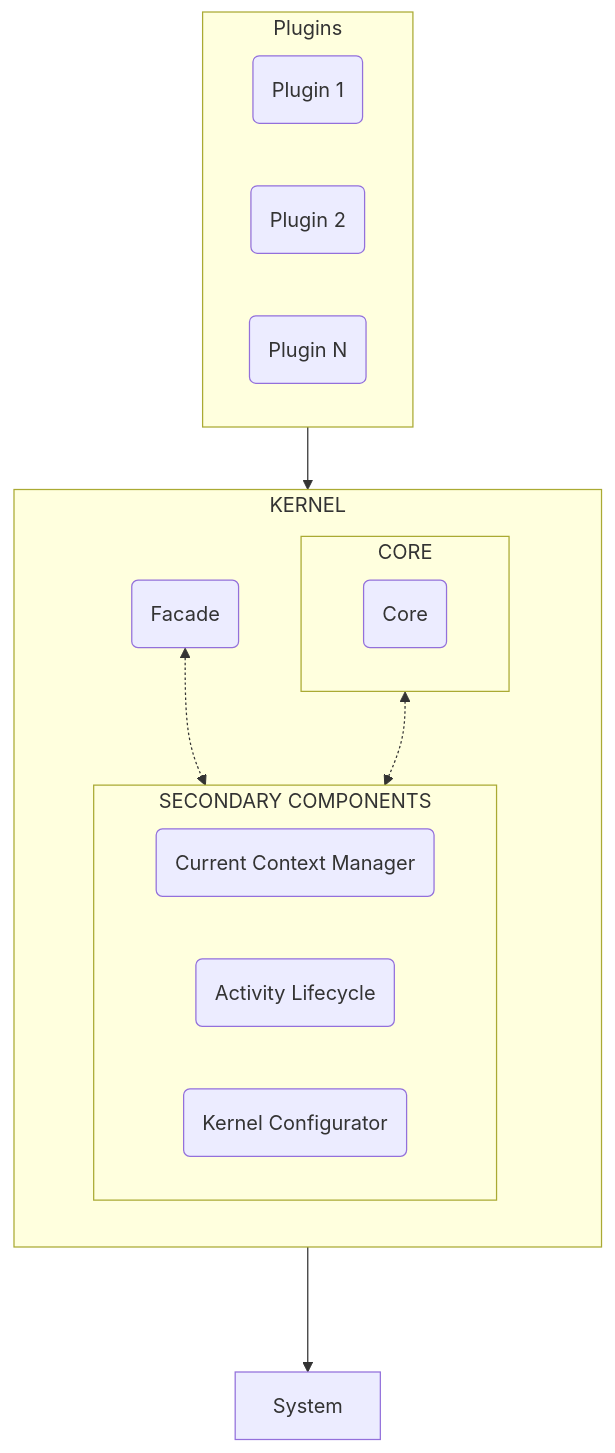
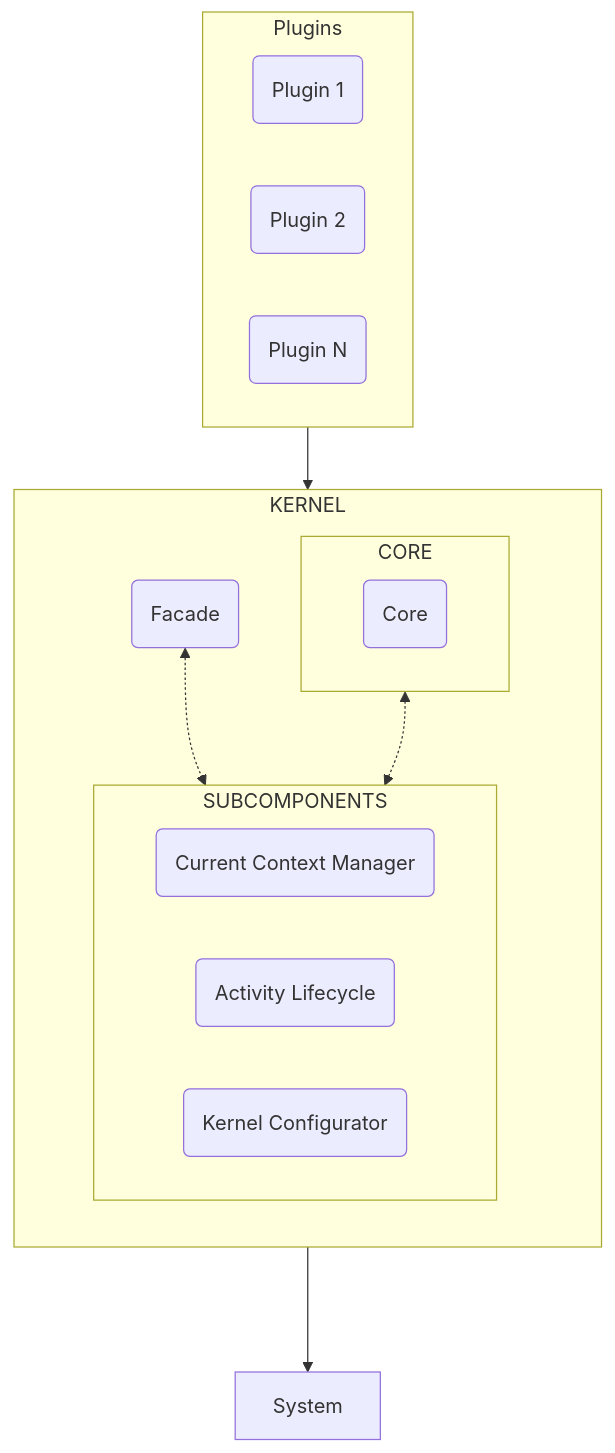
One commit to agp221-ua/ModuleDroid-Doc changed the diagram in docs/kernel/kernel.md. Above: the diagram before and after it, drawn with Mermaid. The commit also changed other lines of this file and 7 other files, not shown here.

````diff
--- a/docs/kernel/kernel.md
+++ b/docs/kernel/kernel.md
@@ -27,28 +27,28 @@
 ```mermaid
 flowchart TB
     subgraph k[KERNEL]
         direction TB
         f(Facade)
         subgraph c[CORE]
             c1(Core)
         end
-        subgraph sc[SECONDARY COMPONENTS]
+        subgraph sc[SUBCOMPONENTS]
             sc1(Current Context Manager)
             sc2(Activity Lifecycle)
             sc3(Kernel Configurator)
         end
     end
     
     subgraph p[Plugins]
         direction LR
         pa(Plugin 1) 
         pb(Plugin 2)
         pc(Plugin N)
     end
     p --> f
     
     f <-.-> sc
     c <-.-> sc
     k ---> System
 
 ```
````
